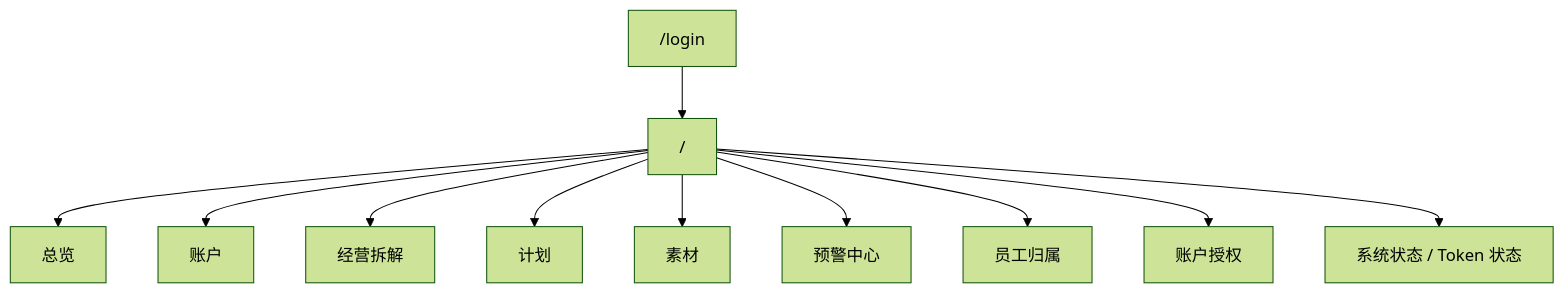
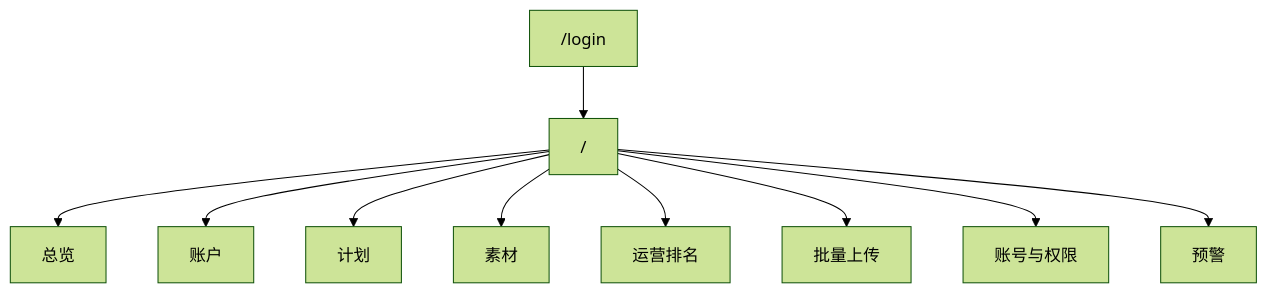
Before and after one commit to qa288/qc2026: the diagram in DOCS/standard/02_页面与交互说明.md, drawn with Mermaid (forest theme). The commit also changed other lines of this file and 6 other files, not shown here.

````diff
--- a/DOCS/standard/02_页面与交互说明.md
+++ b/DOCS/standard/02_页面与交互说明.md
@@ -5,13 +5,12 @@
 ```mermaid
 flowchart TD
     A["/login"] --> B["/"]
     B --> B1["总览"]
     B --> B2["账户"]
-    B --> B3["经营拆解"]
-    B --> B4["计划"]
-    B --> B5["素材"]
-    B --> B6["预警中心"]
-    B --> B7["员工归属"]
-    B --> B8["账户授权"]
-    B --> B9["系统状态 / Token 状态"]
+    B --> B3["计划"]
+    B --> B4["素材"]
+    B --> B5["运营排名"]
+    B --> B6["批量上传"]
+    B --> B7["账号与权限"]
+    B --> B8["预警"]
 ```
````
